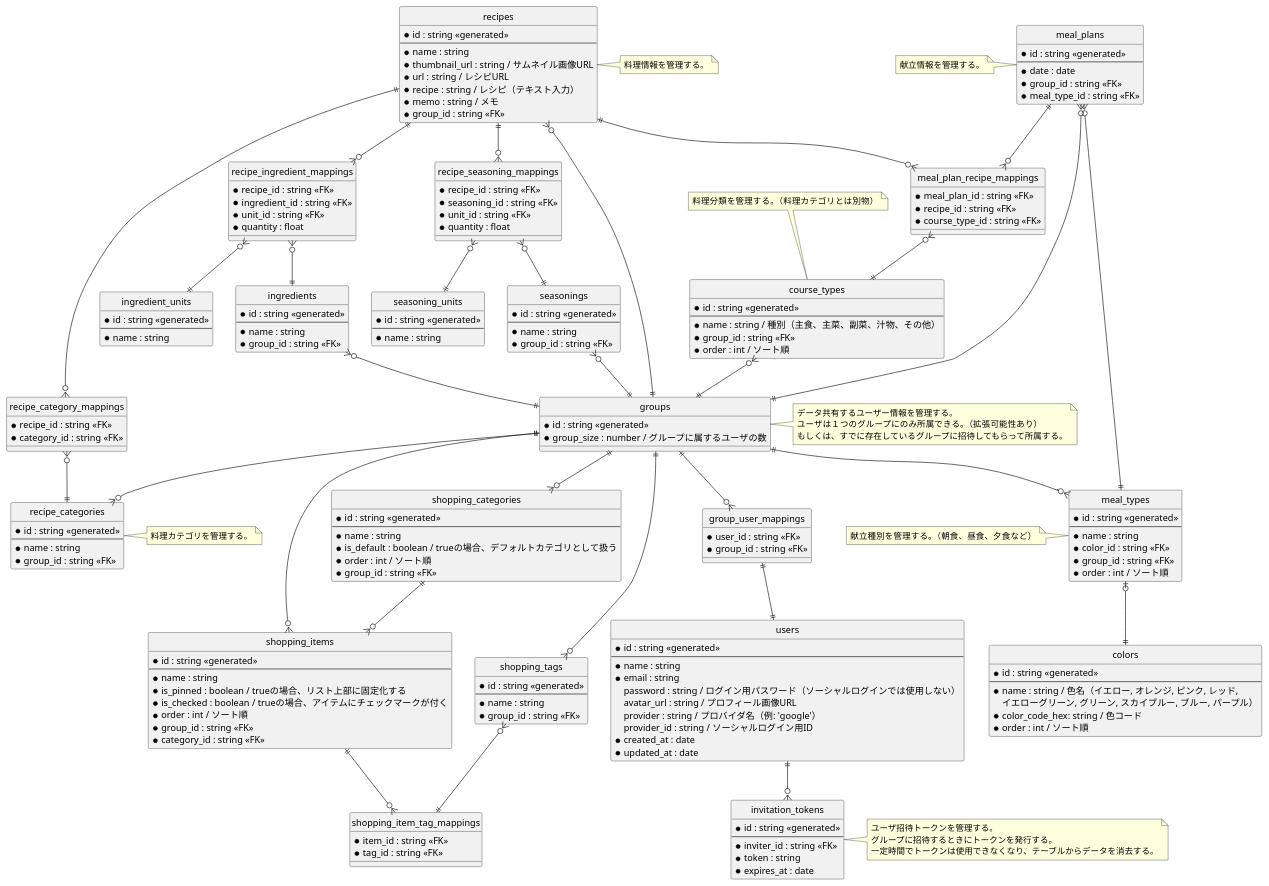
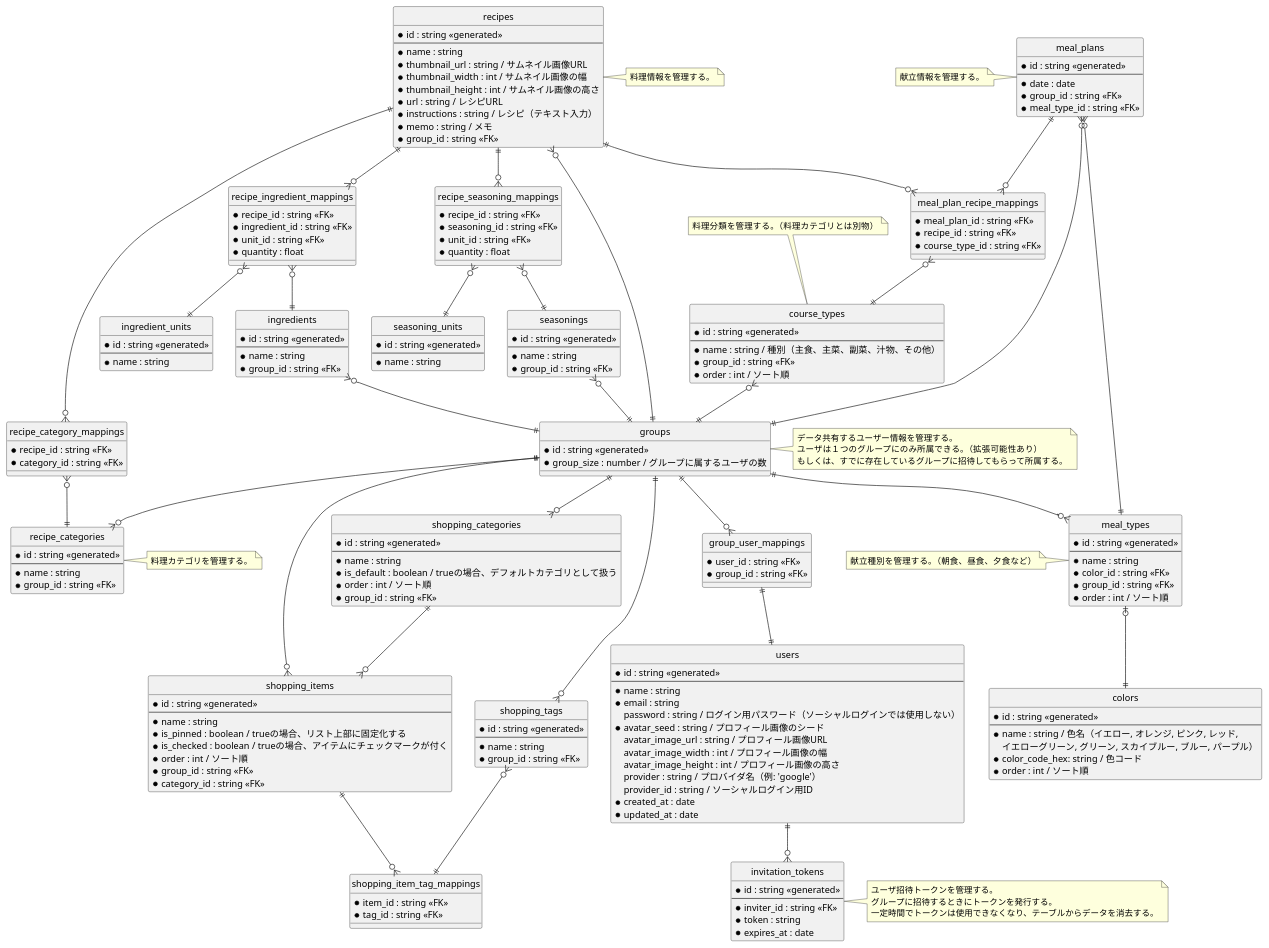
One commit to nanoha94/meap changed the diagram in server/docs/er.puml. Above: the diagram before and after it, drawn with PlantUML. The commit also changed 33 other files, not shown here.

```diff
--- a/server/docs/er.puml
+++ b/server/docs/er.puml
@@ -37,8 +37,10 @@
     --
     * name : string
     * thumbnail_url : string / サムネイル画像URL
+    * thumbnail_width : int / サムネイル画像の幅
+    * thumbnail_height : int / サムネイル画像の高さ
     * url : string / レシピURL
-    * recipe : string / レシピ（テキスト入力）
+    * instructions : string / レシピ（テキスト入力）
     * memo : string / メモ
     * group_id : string <<FK>>
 }
@@ -153,7 +155,10 @@
     * name : string
     * email : string
     password : string / ログイン用パスワード（ソーシャルログインでは使用しない）
-    avatar_url : string / プロフィール画像URL
+    * avatar_seed : string / プロフィール画像のシード
+    avatar_image_url : string / プロフィール画像URL
+    avatar_image_width : int / プロフィール画像の幅
+    avatar_image_height : int / プロフィール画像の高さ
     provider : string / プロバイダ名（例: 'google'）
     provider_id : string / ソーシャルログイン用ID
     * created_at : date
```
